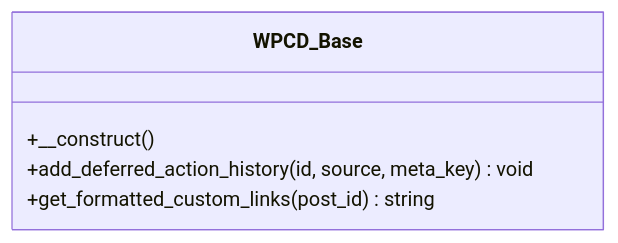
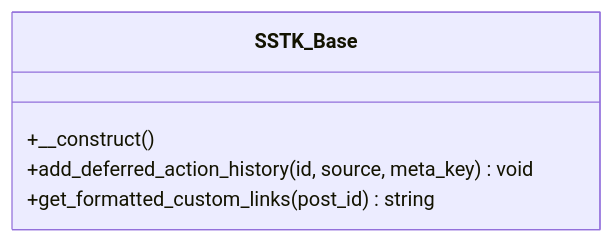
The third of 10 diagrams in .qoder/repowiki/en/content/Core Components/Core Components.md (onedogsolutions/simple-stack), drawn with Mermaid before and after one commit. The commit also changed other lines of this file and 5941 other files, not shown here.

````diff
--- a/.qoder/repowiki/en/content/Core Components/Core Components.md
+++ b/.qoder/repowiki/en/content/Core Components/Core Components.md
@@ -122,8 +122,8 @@
 ```mermaid
 classDiagram
-class WPCD_Base {
+class SSTK_Base {
 +__construct()
 +add_deferred_action_history(id, source, meta_key) void
 +get_formatted_custom_links(post_id) string
 }
 ```
````
